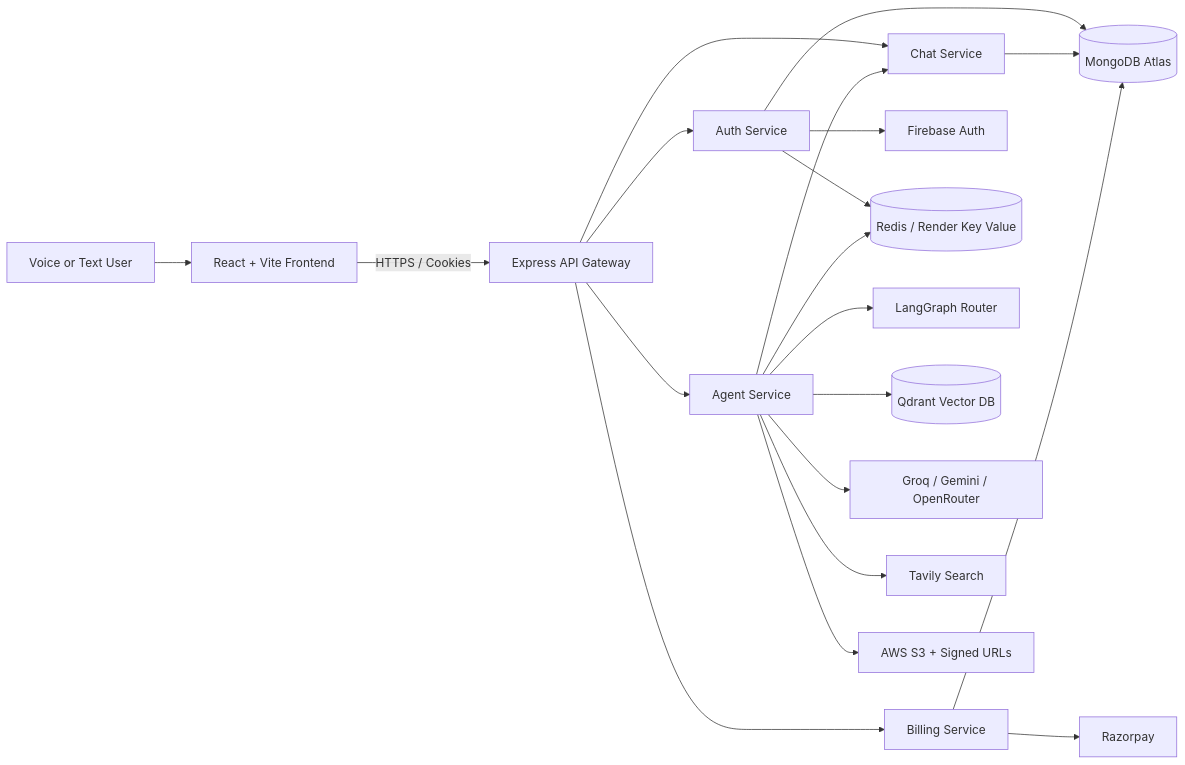
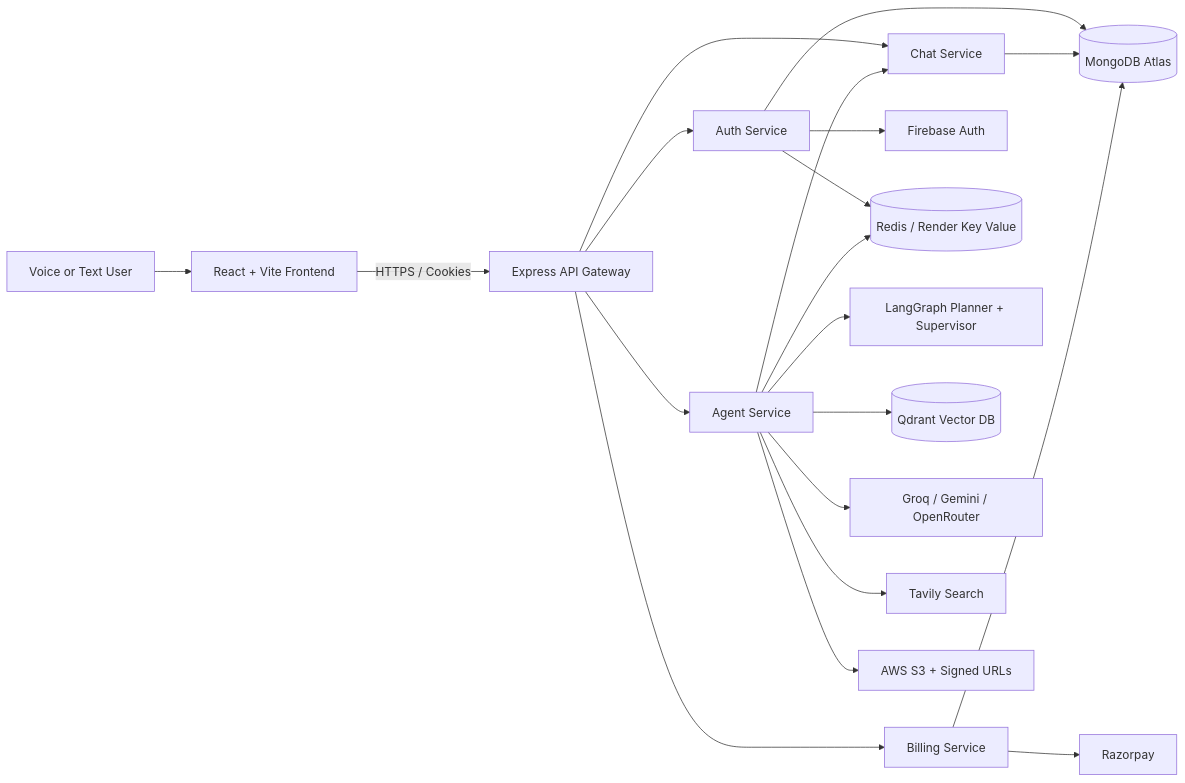
One commit to codeVedang/mode-mesh changed the diagram in README.md. Above: the diagram before and after it, drawn with Mermaid. The commit also changed other lines of this file and 21 other files, not shown here.

````diff
--- a/README.md
+++ b/README.md
@@ -88,26 +90,26 @@
 ```mermaid
 flowchart LR
     User["Voice or Text User"] --> UI["React + Vite Frontend"]
     UI -->|"HTTPS / Cookies"| Gateway["Express API Gateway"]
 
     Gateway --> Auth["Auth Service"]
     Gateway --> Chat["Chat Service"]
     Gateway --> Agent["Agent Service"]
     Gateway --> Billing["Billing Service"]
 
     Auth --> Firebase["Firebase Auth"]
     Auth --> Mongo[("MongoDB Atlas")]
     Auth --> Redis[("Redis / Render Key Value")]
 
     Chat --> Mongo
-    Agent --> Graph["LangGraph Router"]
+    Agent --> Graph["LangGraph Planner + Supervisor"]
     Agent --> Redis
     Agent --> Chat
     Agent --> Qdrant[("Qdrant Vector DB")]
     Agent --> Models["Groq / Gemini / OpenRouter"]
     Agent --> Search["Tavily Search"]
     Agent --> S3["AWS S3 + Signed URLs"]
 
     Billing --> Mongo
     Billing --> Razorpay["Razorpay"]
 ```
````
